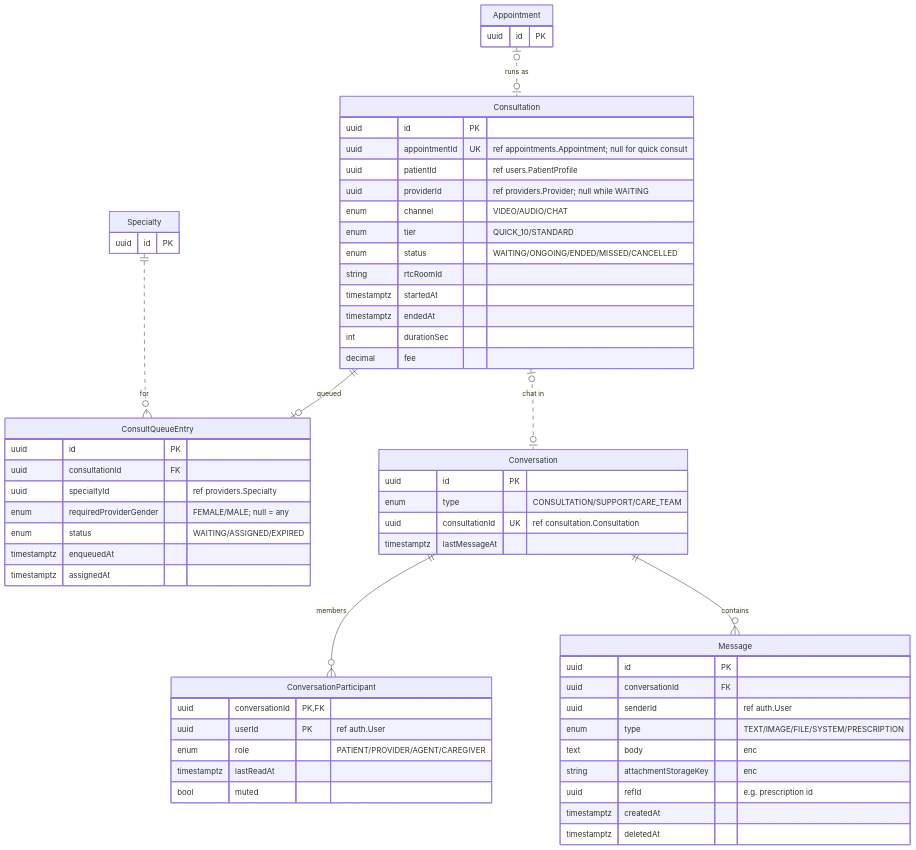
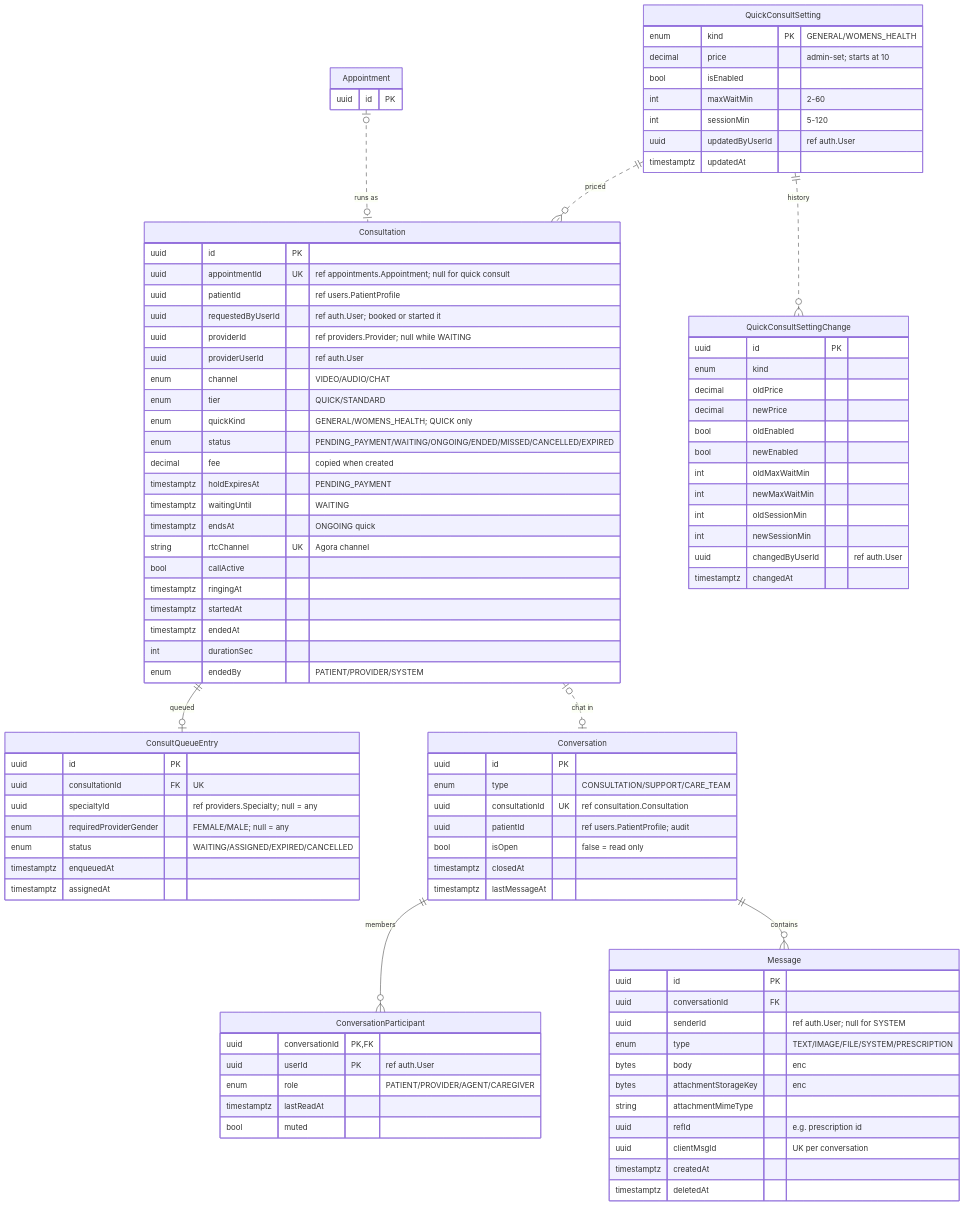
The sixth of 16 diagrams in erd.md (alamin00006/daily-health), drawn with Mermaid before and after one commit. The commit also changed other lines of this file and 267 other files, not shown here.

````diff
--- a/erd.md
+++ b/erd.md
@@ -476,38 +523,70 @@
 ```mermaid
 erDiagram
 Appointment {
-  uuid id PK
-}
-Specialty {
   uuid id PK
 }
 Consultation {
   uuid id PK
   uuid appointmentId UK "ref appointments.Appointment; null for quick consult"
   uuid patientId "ref users.PatientProfile"
+  uuid requestedByUserId "ref auth.User; booked or started it"
   uuid providerId "ref providers.Provider; null while WAITING"
+  uuid providerUserId "ref auth.User"
   enum channel "VIDEO/AUDIO/CHAT"
-  enum tier "QUICK_10/STANDARD"
-  enum status "WAITING/ONGOING/ENDED/MISSED/CANCELLED"
-  string rtcRoomId
+  enum tier "QUICK/STANDARD"
+  enum quickKind "GENERAL/WOMENS_HEALTH; QUICK only"
+  enum status "PENDING_PAYMENT/WAITING/ONGOING/ENDED/MISSED/CANCELLED/EXPIRED"
+  decimal fee "copied when created"
+  timestamptz holdExpiresAt "PENDING_PAYMENT"
+  timestamptz waitingUntil "WAITING"
+  timestamptz endsAt "ONGOING quick"
+  string rtcChannel UK "Agora channel"
+  bool callActive
+  timestamptz ringingAt
   timestamptz startedAt
   timestamptz endedAt
   int durationSec
-  decimal fee
+  enum endedBy "PATIENT/PROVIDER/SYSTEM"
 }
 ConsultQueueEntry {
   uuid id PK
-  uuid consultationId FK
-  uuid specialtyId "ref providers.Specialty"
+  uuid consultationId FK "UK"
+  uuid specialtyId "ref providers.Specialty; null = any"
   enum requiredProviderGender "FEMALE/MALE; null = any"
-  enum status "WAITING/ASSIGNED/EXPIRED"
+  enum status "WAITING/ASSIGNED/EXPIRED/CANCELLED"
   timestamptz enqueuedAt
   timestamptz assignedAt
+}
+QuickConsultSetting {
+  enum kind PK "GENERAL/WOMENS_HEALTH"
+  decimal price "admin-set; starts at 10"
+  bool isEnabled
+  int maxWaitMin "2-60"
+  int sessionMin "5-120"
+  uuid updatedByUserId "ref auth.User"
+  timestamptz updatedAt
+}
+QuickConsultSettingChange {
+  uuid id PK
+  enum kind
+  decimal oldPrice
+  decimal newPrice
+  bool oldEnabled
+  bool newEnabled
+  int oldMaxWaitMin
+  int newMaxWaitMin
+  int oldSessionMin
+  int newSessionMin
+  uuid changedByUserId "ref auth.User"
+  timestamptz changedAt
 }
 Conversation {
   uuid id PK
   enum type "CONSULTATION/SUPPORT/CARE_TEAM"
   uuid consultationId UK "ref consultation.Consultation"
+  uuid patientId "ref users.PatientProfile; audit"
+  bool isOpen "false = read only"
+  timestamptz closedAt
   timestamptz lastMessageAt
 }
 ConversationParticipant {
@@ -520,17 +599,20 @@
 Message {
   uuid id PK
   uuid conversationId FK
-  uuid senderId "ref auth.User"
+  uuid senderId "ref auth.User; null for SYSTEM"
   enum type "TEXT/IMAGE/FILE/SYSTEM/PRESCRIPTION"
-  text body "enc"
-  string attachmentStorageKey "enc"
+  bytes body "enc"
+  bytes attachmentStorageKey "enc"
+  string attachmentMimeType
   uuid refId "e.g. prescription id"
+  uuid clientMsgId "UK per conversation"
   timestamptz createdAt
   timestamptz deletedAt
 }
 Appointment |o..o| Consultation : "runs as"
 Consultation ||--o| ConsultQueueEntry : "queued"
-Specialty ||..o{ ConsultQueueEntry : "for"
+QuickConsultSetting ||..o{ Consultation : "priced"
+QuickConsultSetting ||..o{ QuickConsultSettingChange : "history"
 Consultation |o..o| Conversation : "chat in"
 Conversation ||--o{ ConversationParticipant : "members"
 Conversation ||--o{ Message : "contains"
````
